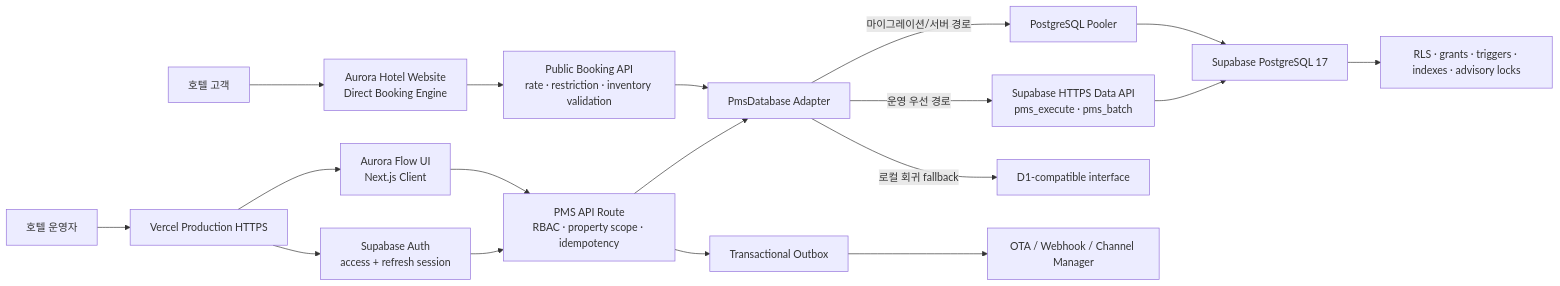
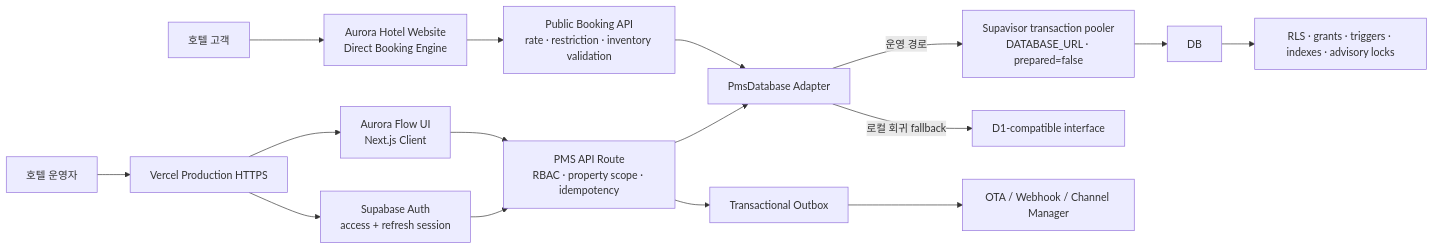
Before and after one commit to sksmsrkk-glitch/Aurora_PMS: the first of 6 diagrams in README.md, drawn with Mermaid. The commit also changed other lines of this file and 26 other files, not shown here.

````diff
--- a/README.md
+++ b/README.md
@@ -111,20 +111,18 @@
 ```mermaid
 flowchart LR
   U["호텔 운영자"] --> VERCEL["Vercel Production HTTPS"]
   G["호텔 고객"] --> WEB["Aurora Hotel Website\nDirect Booking Engine"]
   VERCEL --> AUTH["Supabase Auth\naccess + refresh session"]
   VERCEL --> UI["Aurora Flow UI\nNext.js Client"]
   AUTH --> API["PMS API Route\nRBAC · property scope · idempotency"]
   UI --> API
   WEB --> BOOKING["Public Booking API\nrate · restriction · inventory validation"]
   API --> ADAPTER["PmsDatabase Adapter"]
   BOOKING --> ADAPTER
-  ADAPTER -->|"운영 우선 경로"| DATAAPI["Supabase HTTPS Data API\npms_execute · pms_batch"]
-  ADAPTER -->|"마이그레이션/서버 경로"| PG["PostgreSQL Pooler"]
+  ADAPTER -->|"운영 경로"| PG["Supavisor transaction pooler\nDATABASE_URL · prepared=false"]
   ADAPTER -->|"로컬 회귀 fallback"| D1["D1-compatible interface"]
-  DATAAPI --> DB["Supabase PostgreSQL 17"]
   PG --> DB
   DB --> GUARD["RLS · grants · triggers · indexes · advisory locks"]
   API --> OUTBOX["Transactional Outbox"]
   OUTBOX --> OTA["OTA / Webhook / Channel Manager"]
 ```
````
